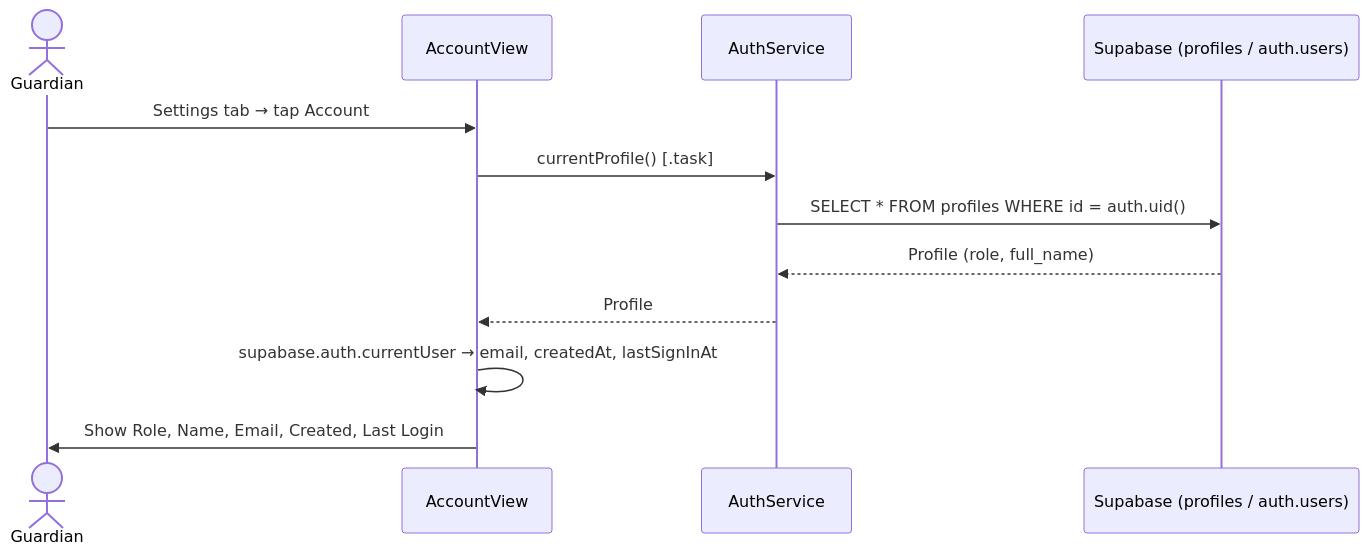
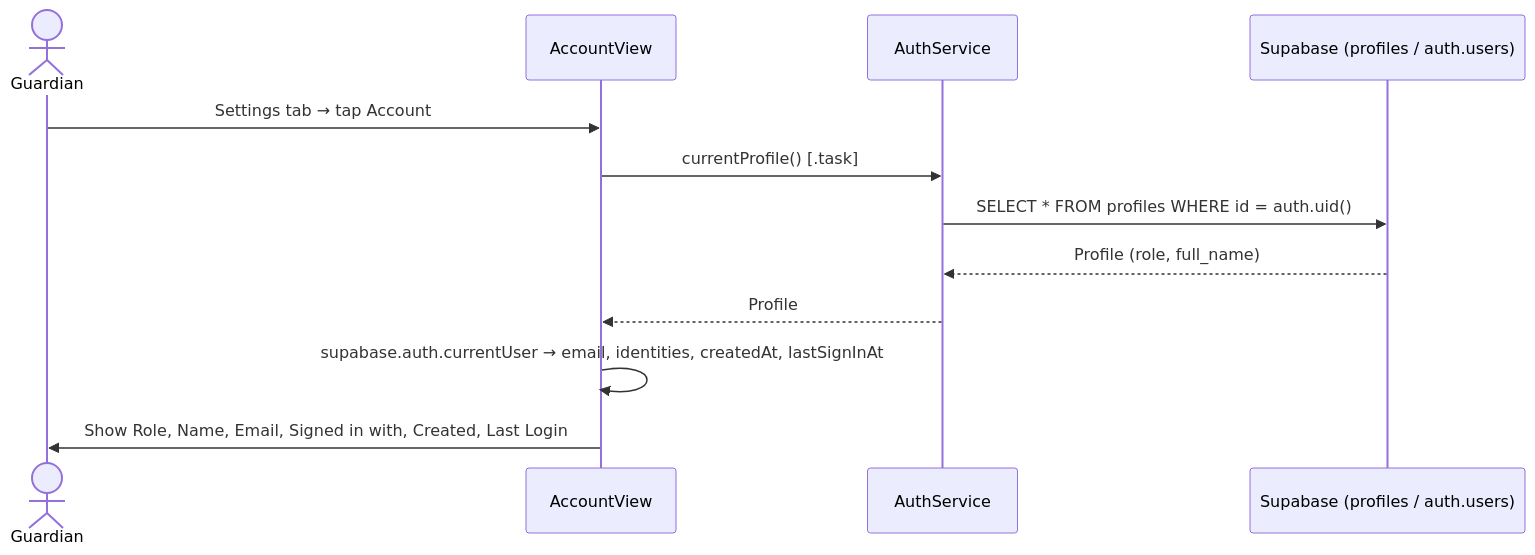
The first of 3 diagrams in docs/use_cases/settings.md (markculley/HoundHabit), drawn with Mermaid before and after one commit. The commit also changed other lines of this file and 3 other files, not shown here.

````diff
--- a/docs/use_cases/settings.md
+++ b/docs/use_cases/settings.md
@@ -7,15 +7,15 @@
 ```mermaid
 sequenceDiagram
     actor G as Guardian
     participant UI as AccountView
     participant SVC as AuthService
     participant DB as Supabase (profiles / auth.users)
 
     G->>UI: Settings tab → tap Account
     UI->>SVC: currentProfile() [.task]
     SVC->>DB: SELECT * FROM profiles WHERE id = auth.uid()
     DB-->>SVC: Profile (role, full_name)
     SVC-->>UI: Profile
-    UI->>UI: supabase.auth.currentUser → email, createdAt, lastSignInAt
-    UI->>G: Show Role, Name, Email, Created, Last Login
+    UI->>UI: supabase.auth.currentUser → email, identities, createdAt, lastSignInAt
+    UI->>G: Show Role, Name, Email, Signed in with, Created, Last Login
 ```
````
